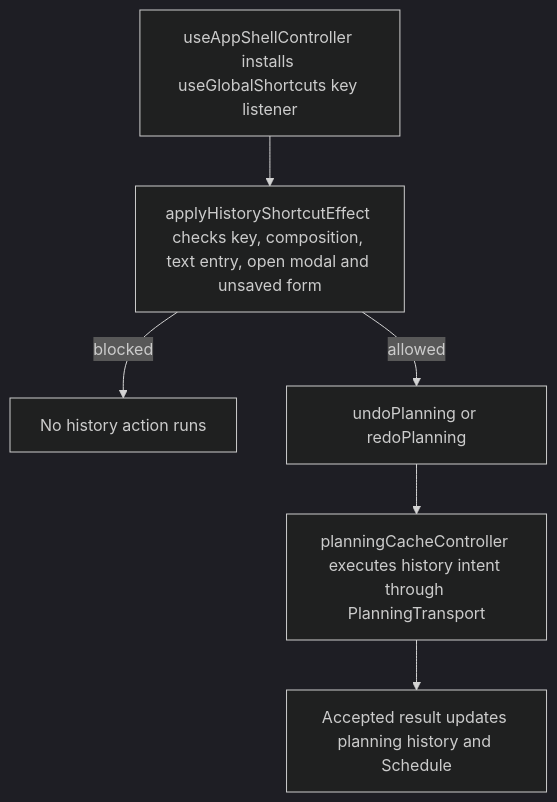
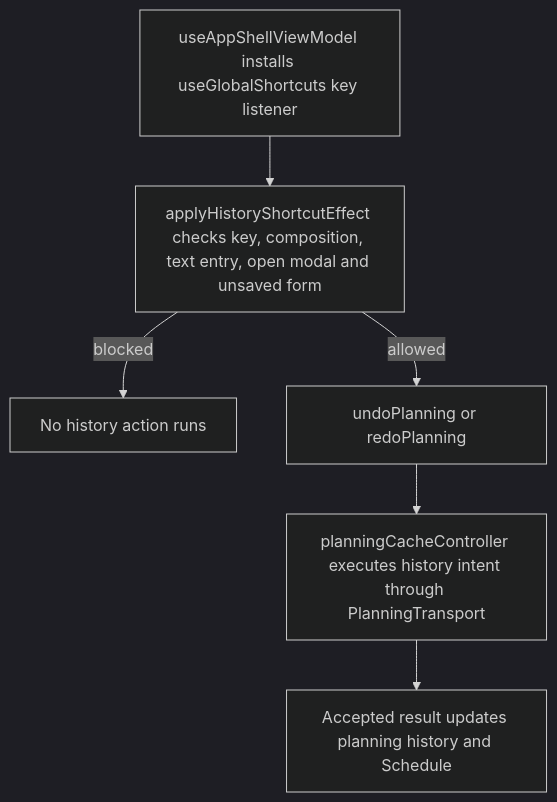
Before and after one commit to Kevinjohn/capacitylens: the second of 2 diagrams in user-stories/toolbar/US-TBR-07-undo-redo-keyboard.md, drawn with Mermaid (dark theme). The commit also changed other lines of this file and 33 other files, not shown here.

First line of the commit message:
Controller to view model: rename the screen hooks

````diff
--- a/user-stories/toolbar/US-TBR-07-undo-redo-keyboard.md
+++ b/user-stories/toolbar/US-TBR-07-undo-redo-keyboard.md
@@ -33,8 +33,8 @@
 ```mermaid
 flowchart TD
-  A["useAppShellController installs useGlobalShortcuts key listener"] --> B["applyHistoryShortcutEffect checks key, composition, text entry, open modal and unsaved form"]
+  A["useAppShellViewModel installs useGlobalShortcuts key listener"] --> B["applyHistoryShortcutEffect checks key, composition, text entry, open modal and unsaved form"]
   B -->|blocked| C["No history action runs"]
   B -->|allowed| D["undoPlanning or redoPlanning"]
   D --> E["planningCacheController executes history intent through PlanningTransport"]
   E --> F["Accepted result updates planning history and Schedule"]
 ```
````
